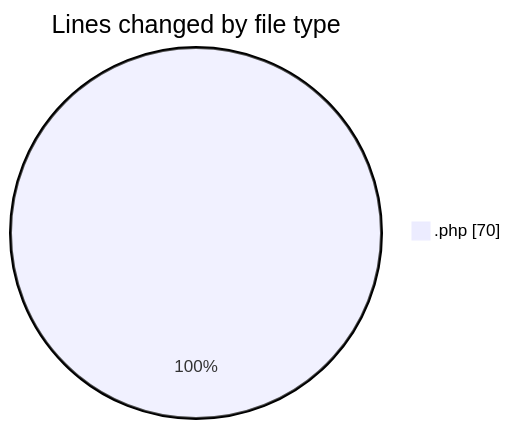
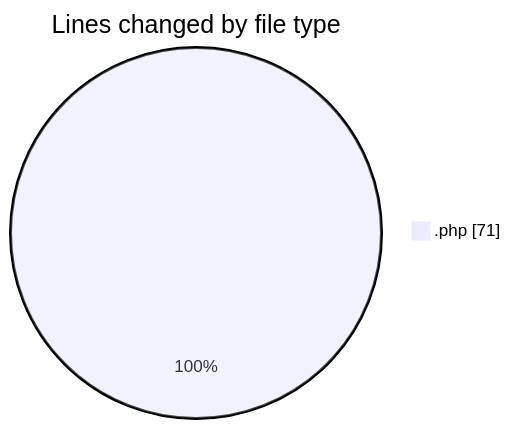
The first of 2 diagrams in 2026-04-23/oficina/README.md (LanceThiago/code-tracking), drawn with Mermaid before and after one commit. The commit also changed other lines of this file and 1 other file, not shown here.

````diff
--- a/2026-04-23/oficina/README.md
+++ b/2026-04-23/oficina/README.md
@@ -20,5 +20,5 @@
 ```mermaid
 pie showData
 title Lines changed by file type
-".php" : 70
+".php" : 71
 ```
````
